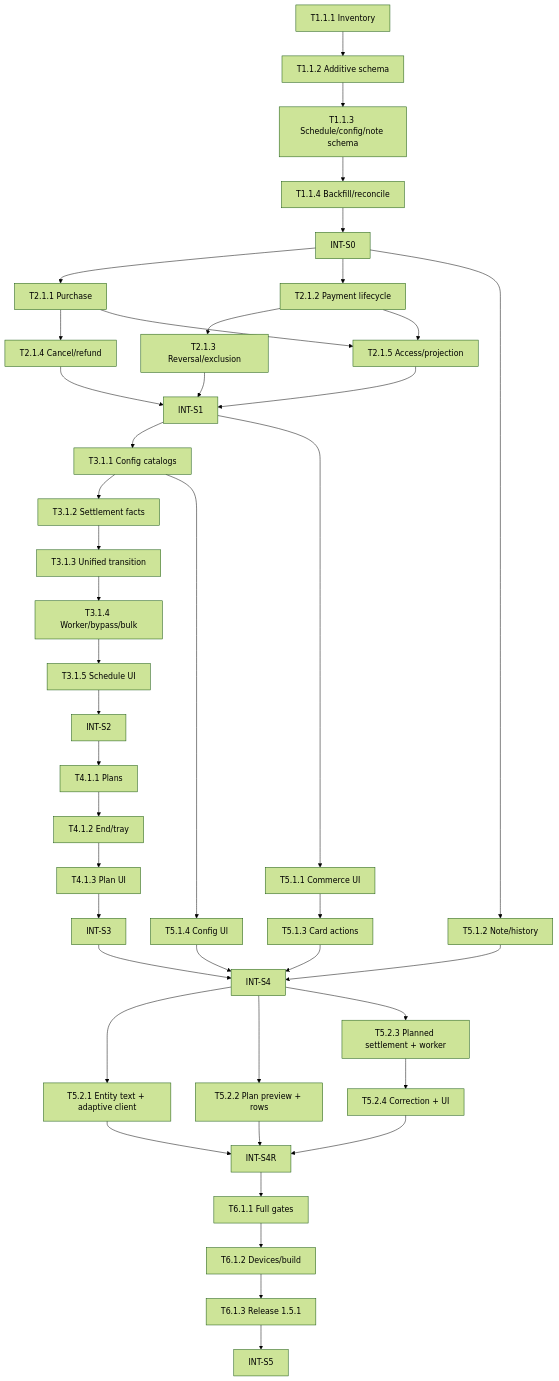
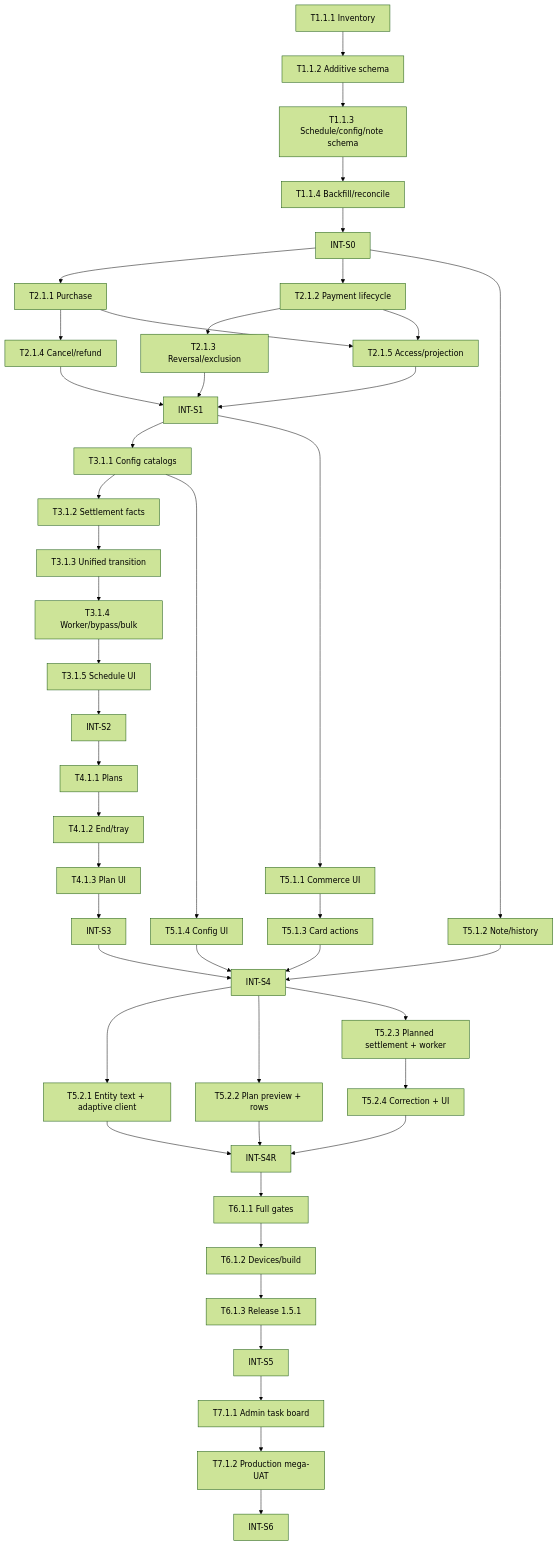
One commit to MagicMusicCRM/MagicMusicCRM changed the diagram in .anws/v7/05_TASKS.md. Above: the diagram before and after it, drawn with Mermaid (forest theme). The commit also changed other lines of this file and 26 other files, not shown here.

Commit message:
feat(tasks): add branch task board for admin

````diff
--- a/.anws/v7/05_TASKS.md
+++ b/.anws/v7/05_TASKS.md
@@ -9,34 +9,35 @@
 ```mermaid
 graph TD
   A["T1.1.1 Inventory"] --> B["T1.1.2 Additive schema"]
   B --> B2["T1.1.3 Schedule/config/note schema"] --> C["T1.1.4 Backfill/reconcile"] --> I0["INT-S0"]
   I0 --> D["T2.1.1 Purchase"]
   I0 --> E["T2.1.2 Payment lifecycle"]
   D --> F["T2.1.4 Cancel/refund"]
   E --> G["T2.1.3 Reversal/exclusion"]
   D --> H["T2.1.5 Access/projection"]
   E --> H
   F --> I1["INT-S1"]
   G --> I1
   H --> I1
   I1 --> J["T3.1.1 Config catalogs"]
   J --> K["T3.1.2 Settlement facts"]
   K --> L["T3.1.3 Unified transition"]
   L --> L2["T3.1.4 Worker/bypass/bulk"] --> M["T3.1.5 Schedule UI"] --> I2["INT-S2"]
   I2 --> N["T4.1.1 Plans"] --> O["T4.1.2 End/tray"] --> P["T4.1.3 Plan UI"] --> I3["INT-S3"]
   I1 --> Q["T5.1.1 Commerce UI"]
   I0 --> R["T5.1.2 Note/history"]
   Q --> S["T5.1.3 Card actions"]
   J --> T["T5.1.4 Config UI"]
   I3 --> I4["INT-S4"]
   R --> I4
   S --> I4
   T --> I4
   I4 --> X["T5.2.1 Entity text + adaptive client"]
   I4 --> Y["T5.2.2 Plan preview + rows"]
   I4 --> Z["T5.2.3 Planned settlement + worker"] --> C2["T5.2.4 Correction + UI"]
   X --> I4R["INT-S4R"]
   Y --> I4R
   C2 --> I4R
   I4R --> U["T6.1.1 Full gates"] --> V["T6.1.2 Devices/build"] --> W["T6.1.3 Release 1.5.1"] --> I5["INT-S5"]
+  I5 --> A6["T7.1.1 Admin task board"] --> B6["T7.1.2 Production mega-UAT"] --> I6["INT-S6"]
 ```
````
